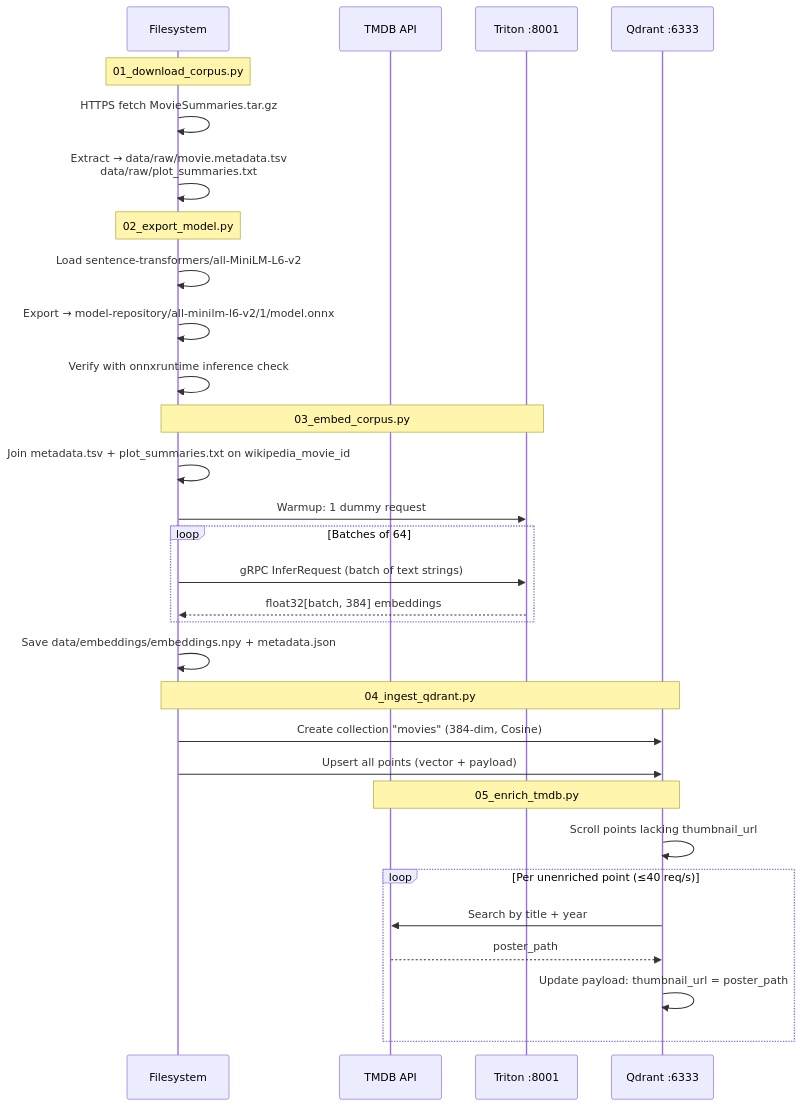
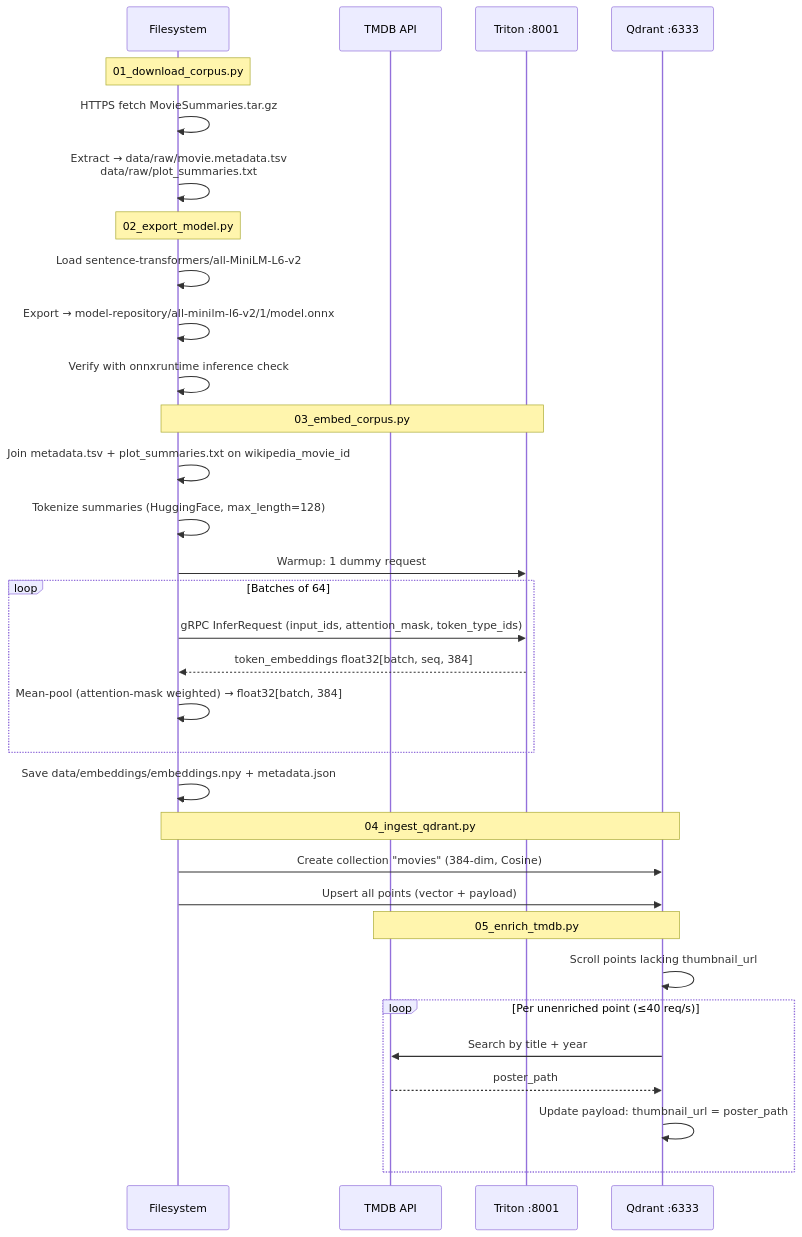
Before and after one commit to atefft/movie-semantic-search: the diagram in docs/arch/pipeline.md, drawn with Mermaid. The commit also changed other lines of this file and 5 other files, not shown here.

````diff
--- a/docs/arch/pipeline.md
+++ b/docs/arch/pipeline.md
@@ -5,37 +5,39 @@
 ```mermaid
 sequenceDiagram
   participant FS as Filesystem
   participant TMDB as TMDB API
   participant Triton as Triton :8001
   participant Qdrant as Qdrant :6333
 
   Note over FS: 01_download_corpus.py
   FS->>FS: HTTPS fetch MovieSummaries.tar.gz
   FS->>FS: Extract → data/raw/movie.metadata.tsv<br/>data/raw/plot_summaries.txt
 
   Note over FS: 02_export_model.py
   FS->>FS: Load sentence-transformers/all-MiniLM-L6-v2
   FS->>FS: Export → model-repository/all-minilm-l6-v2/1/model.onnx
   FS->>FS: Verify with onnxruntime inference check
 
   Note over FS,Triton: 03_embed_corpus.py
   FS->>FS: Join metadata.tsv + plot_summaries.txt on wikipedia_movie_id
+  FS->>FS: Tokenize summaries (HuggingFace, max_length=128)
   FS->>Triton: Warmup: 1 dummy request
   loop Batches of 64
-    FS->>Triton: gRPC InferRequest (batch of text strings)
-    Triton-->>FS: float32[batch, 384] embeddings
+    FS->>Triton: gRPC InferRequest (input_ids, attention_mask, token_type_ids)
+    Triton-->>FS: token_embeddings float32[batch, seq, 384]
+    FS->>FS: Mean-pool (attention-mask weighted) → float32[batch, 384]
   end
   FS->>FS: Save data/embeddings/embeddings.npy + metadata.json
 
   Note over FS,Qdrant: 04_ingest_qdrant.py
   FS->>Qdrant: Create collection "movies" (384-dim, Cosine)
   FS->>Qdrant: Upsert all points (vector + payload)
 
   Note over Qdrant,TMDB: 05_enrich_tmdb.py
   Qdrant->>Qdrant: Scroll points lacking thumbnail_url
   loop Per unenriched point (≤40 req/s)
     Qdrant->>TMDB: Search by title + year
     TMDB-->>Qdrant: poster_path
     Qdrant->>Qdrant: Update payload: thumbnail_url = poster_path
   end
 ```
````
